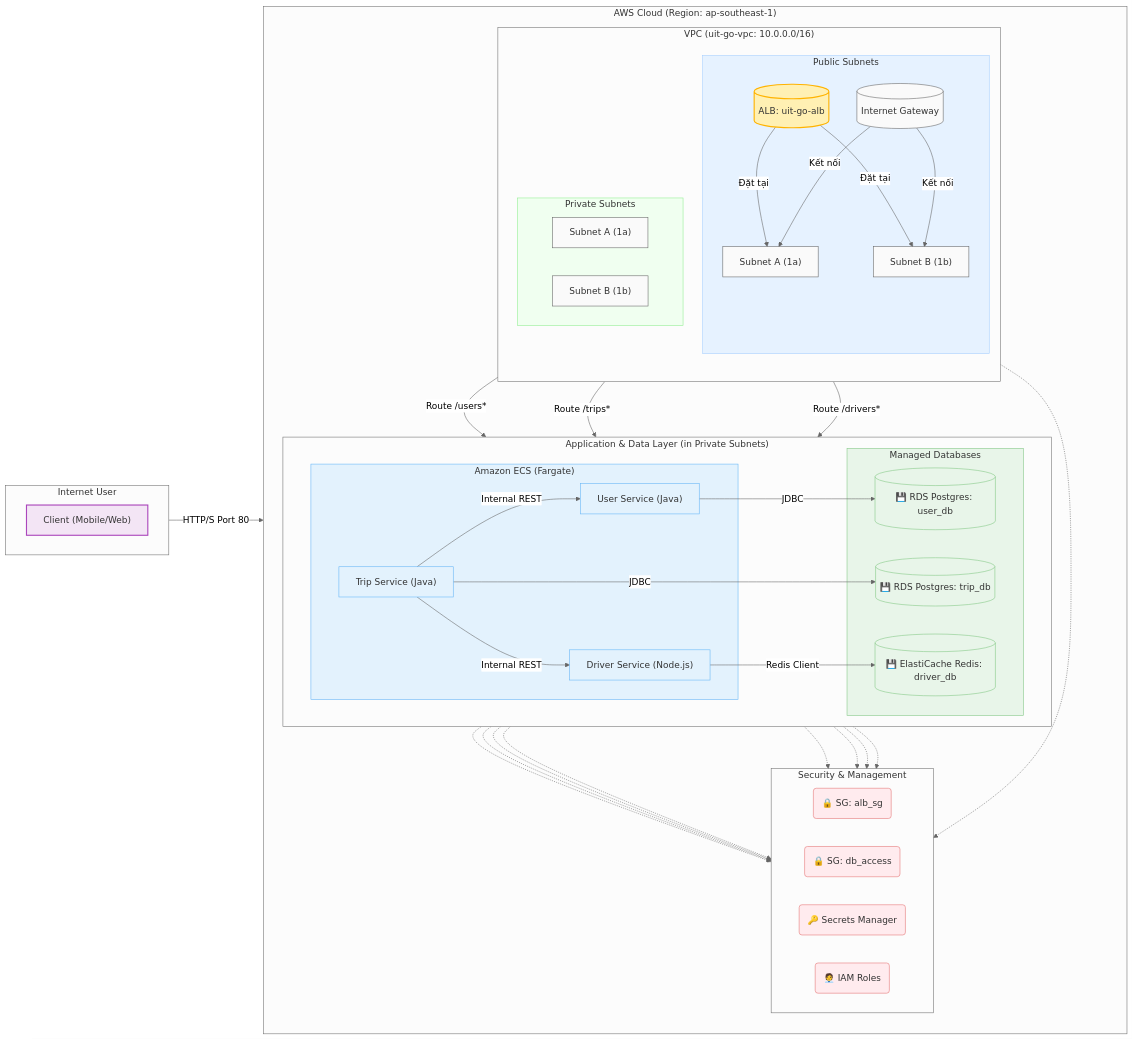
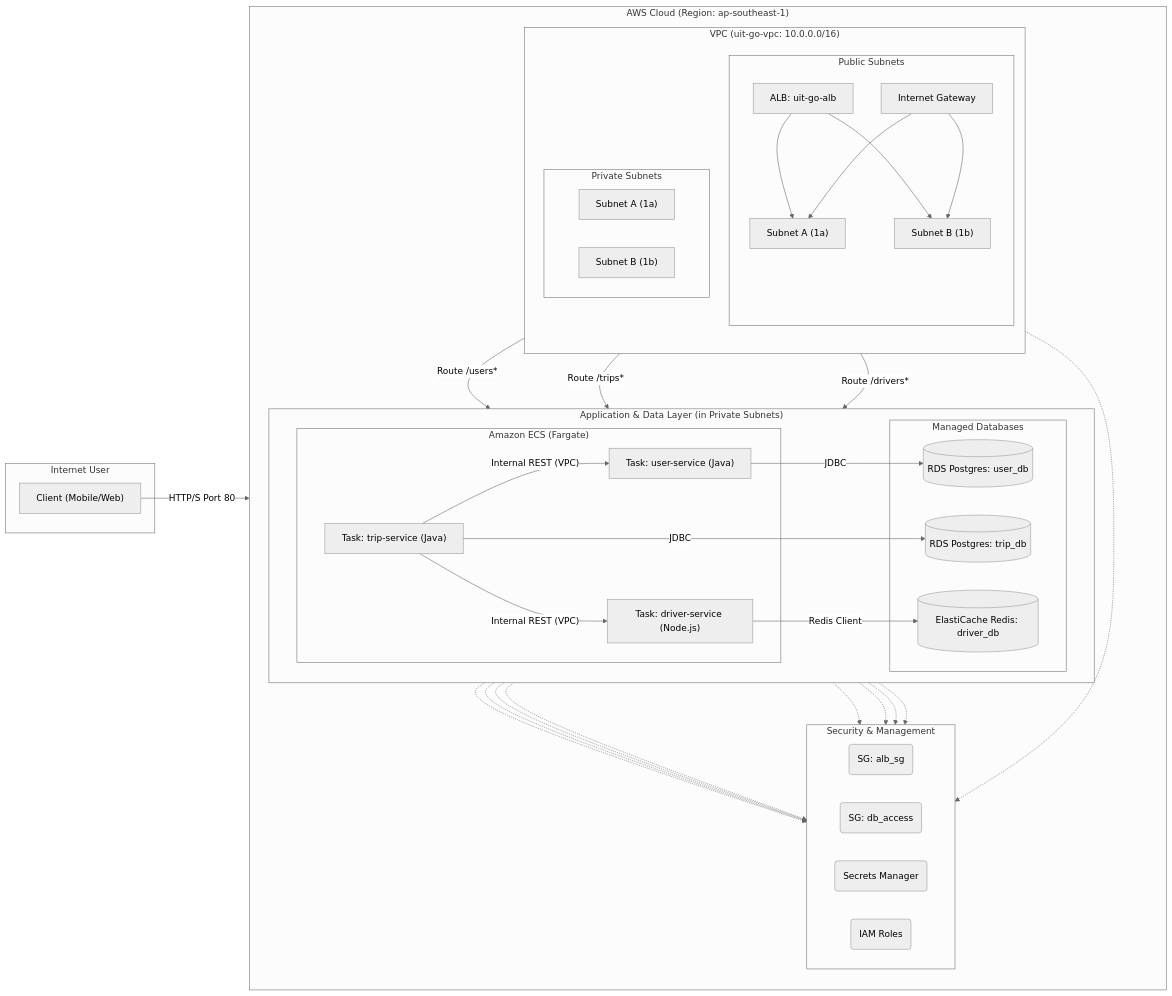
One commit to VidIsWandering/uit-go-backend changed the diagram in docs/ARCHITECTURE.md. Above: the diagram before and after it, drawn with Mermaid (neutral theme).

Commit message:
chore: Chuyen ve mermaid khong style

````diff
--- a/docs/ARCHITECTURE.md
+++ b/docs/ARCHITECTURE.md
@@ -9,62 +9,53 @@
 ```mermaid
 graph LR
-    %% Main direction Left-to-Right
-    %% Define main groups
     subgraph "Internet User"
-        direction LR
-        User["<U+1F464> Client (Mobile/Web)"]:::userStyle
+        User["Client (Mobile/Web)"]
     end
 
-    subgraph AWS["AWS Cloud (Region: ap-southeast-1)"]
-        direction TB %% Internal direction Top-to-Bottom
+    subgraph "AWS Cloud (Region: ap-southeast-1)"
+        direction TB
 
-        %% Network Layer (VPC, Subnets, Gateway, ALB)
         subgraph VPC["VPC (uit-go-vpc: 10.0.0.0/16)"]
             direction TB
 
             subgraph PublicSubnets["Public Subnets"]
-                 style PublicSubnets fill:#e6f2ff,stroke:#a6cfff
-                 ALB[("<U+26D1> ALB: uit-go-alb")]:::elbStyle
-                 IGW[("<U+1F310> Internet Gateway")]
+                 ALB["ALB: uit-go-alb"]
+                 IGW["Internet Gateway"]
                  SubnetPubA["Subnet A (1a)"]
                  SubnetPubB["Subnet B (1b)"]
-                 ALB -- "Đặt tại" --> SubnetPubA & SubnetPubB
-                 IGW -- "Kết nối" --> SubnetPubA & SubnetPubB
+                 ALB --> SubnetPubA & SubnetPubB
+                 IGW --> SubnetPubA & SubnetPubB
             end
 
             subgraph PrivateSubnets["Private Subnets"]
-                 style PrivateSubnets fill:#f0fff0,stroke:#90ee90
                  SubnetPrivA["Subnet A (1a)"]
                  SubnetPrivB["Subnet B (1b)"]
+                 %% ECS Tasks and Databases reside here
             end
         end
 
-        %% Application & Data Layer (Inside Private Subnets conceptually)
         subgraph AppLayer["Application & Data Layer (in Private Subnets)"]
              direction LR
 
              subgraph ECS["Amazon ECS (Fargate)"]
-                  style ECS fill:#e3f2fd,stroke:#64b5f6
-                  TaskUser["<U+1F4BB> User Service (Java)"]:::ecsStyle
-                  TaskTrip["<U+1F4BB> Trip Service (Java)"]:::ecsStyle
-                  TaskDriver["<U+1F4BB> Driver Service (Node.js)"]:::ecsStyle
+                  TaskUser["Task: user-service (Java)"]
+                  TaskTrip["Task: trip-service (Java)"]
+                  TaskDriver["Task: driver-service (Node.js)"]
              end
 
              subgraph DBs["Managed Databases"]
-                  style DBs fill:#e8f5e9,stroke:#81c784
-                  RDSUser[("💾 RDS Postgres: user_db")]:::dbStyle
-                  RDSTrip[("💾 RDS Postgres: trip_db")]:::dbStyle
-                  Redis[("💾 ElastiCache Redis: driver_db")]:::dbStyle
+                  RDSUser[("RDS Postgres: user_db")]
+                  RDSTrip[("RDS Postgres: trip_db")]
+                  Redis[("ElastiCache Redis: driver_db")]
              end
         end
 
-        %% Security & Management Layer (Regional services)
-         subgraph SecurityMgmt["Security & Management"]
+        subgraph SecurityMgmt["Security & Management"]
               direction LR
-              SG_ALB("🔒 SG: alb_sg"):::securityStyle
-              SG_DB("🔒 SG: db_access"):::securityStyle
-              Secrets("🔑 Secrets Manager"):::securityStyle
-              IAMRoles("🧑‍💼 IAM Roles"):::securityStyle
+              SG_ALB("SG: alb_sg")
+              SG_DB("SG: db_access")
+              Secrets("Secrets Manager")
+              IAMRoles("IAM Roles")
          end
 
     end
@@ -75,8 +66,8 @@
     ALB -- "Route /trips*" --> TaskTrip
     ALB -- "Route /drivers*" --> TaskDriver
 
-    TaskTrip -- "Internal REST" --> TaskUser
-    TaskTrip -- "Internal REST" --> TaskDriver
+    TaskTrip -- "Internal REST (VPC)" --> TaskUser
+    TaskTrip -- "Internal REST (VPC)" --> TaskDriver
 
     TaskUser -- "JDBC" --> RDSUser
     TaskTrip -- "JDBC" --> RDSTrip
@@ -91,13 +82,8 @@
     TaskTrip -.-> Secrets & IAMRoles
     TaskDriver -.-> IAMRoles
 
-
-    %% Styles Definition using classDef
-    classDef userStyle fill:#f3e5f5,stroke:#ab47bc,stroke-width:2px,color:#333;
-    classDef elbStyle fill:#fff0b3,stroke:#ffb300,stroke-width:2px,color:#333;
-    classDef ecsStyle fill:#e3f2fd,stroke:#64b5f6,stroke-width:1px,color:#333;
-    classDef dbStyle fill:#e8f5e9,stroke:#81c784,stroke-width:1px,color:#333;
-    classDef securityStyle fill:#ffebee,stroke:#e57373,stroke-width:1px,color:#333;
-    %% Style for nodes without specific class
-    classDef default fill:#fafafa,stroke:#666,stroke-width:1px,color:#333;
+    %% Placement notes (Implied by connections and subgraph structure)
+    %% ALB resides in Public Subnets
+    %% ECS Tasks reside in Private Subnets
+    %% Databases reside in Private Subnets
 ```
````
